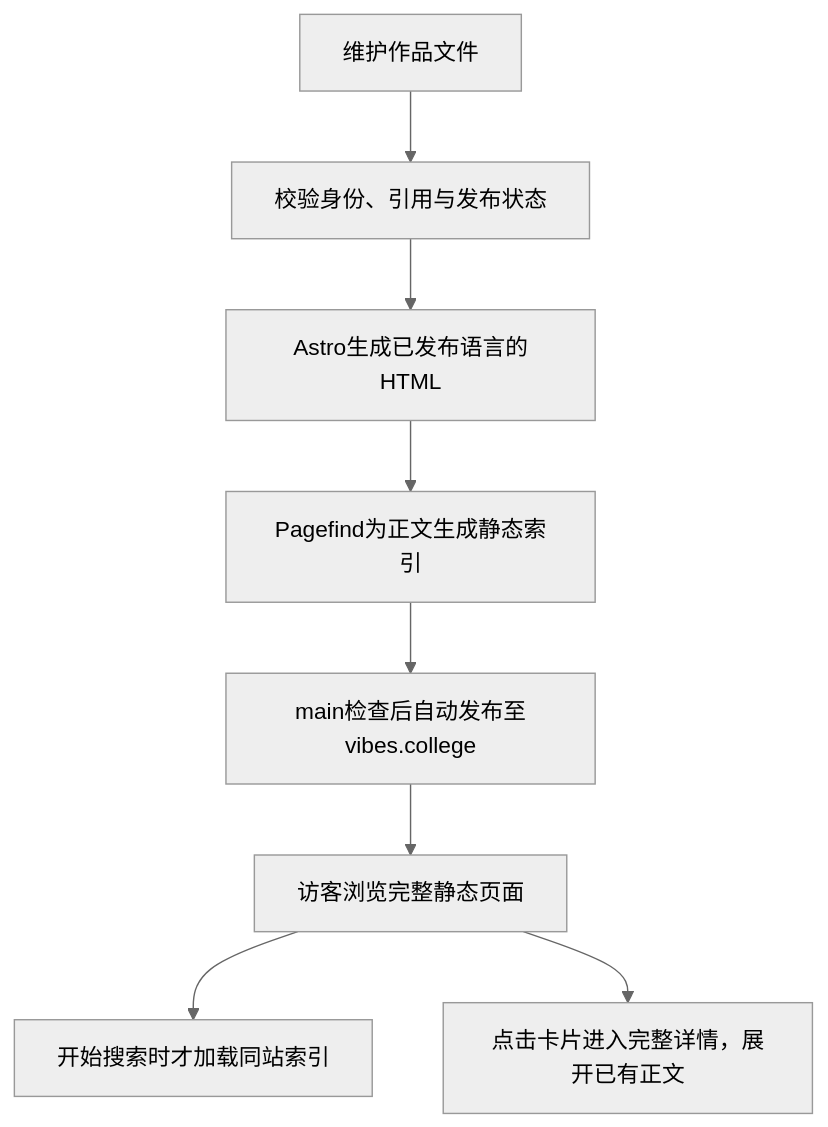
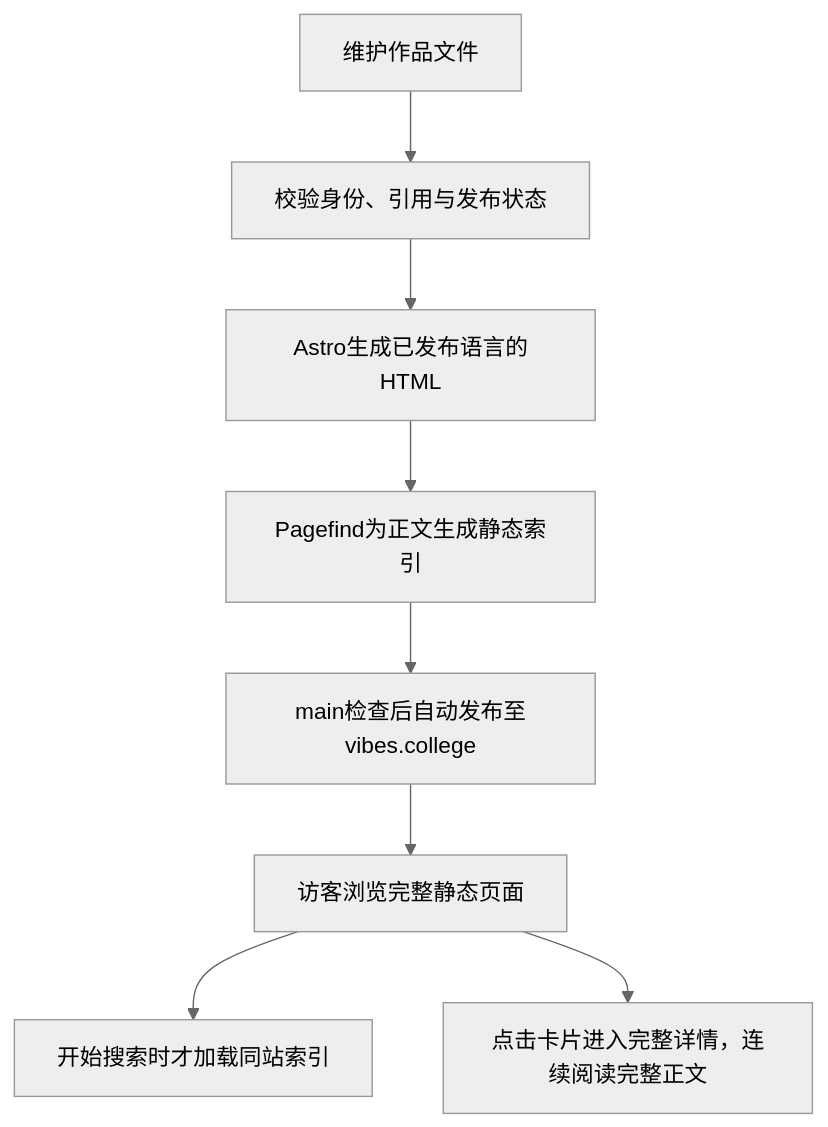
One commit to Vibes-college/Vibes changed the diagram in docs/PROJECT_ANALYSIS.md. Above: the diagram before and after it, drawn with Mermaid (neutral theme). The commit also changed other lines of this file and 18 other files, not shown here.

````diff
--- a/docs/PROJECT_ANALYSIS.md
+++ b/docs/PROJECT_ANALYSIS.md
@@ -54,10 +54,10 @@
 ```mermaid
 flowchart TD
   A[维护作品文件] --> B[校验身份、引用与发布状态]
   B --> C[Astro生成已发布语言的HTML]
   C --> D[Pagefind为正文生成静态索引]
   D --> E[main检查后自动发布至vibes.college]
   E --> F[访客浏览完整静态页面]
   F --> G[开始搜索时才加载同站索引]
-  F --> H[点击卡片进入完整详情，展开已有正文]
+  F --> H[点击卡片进入完整详情，连续阅读完整正文]
 ```
````
